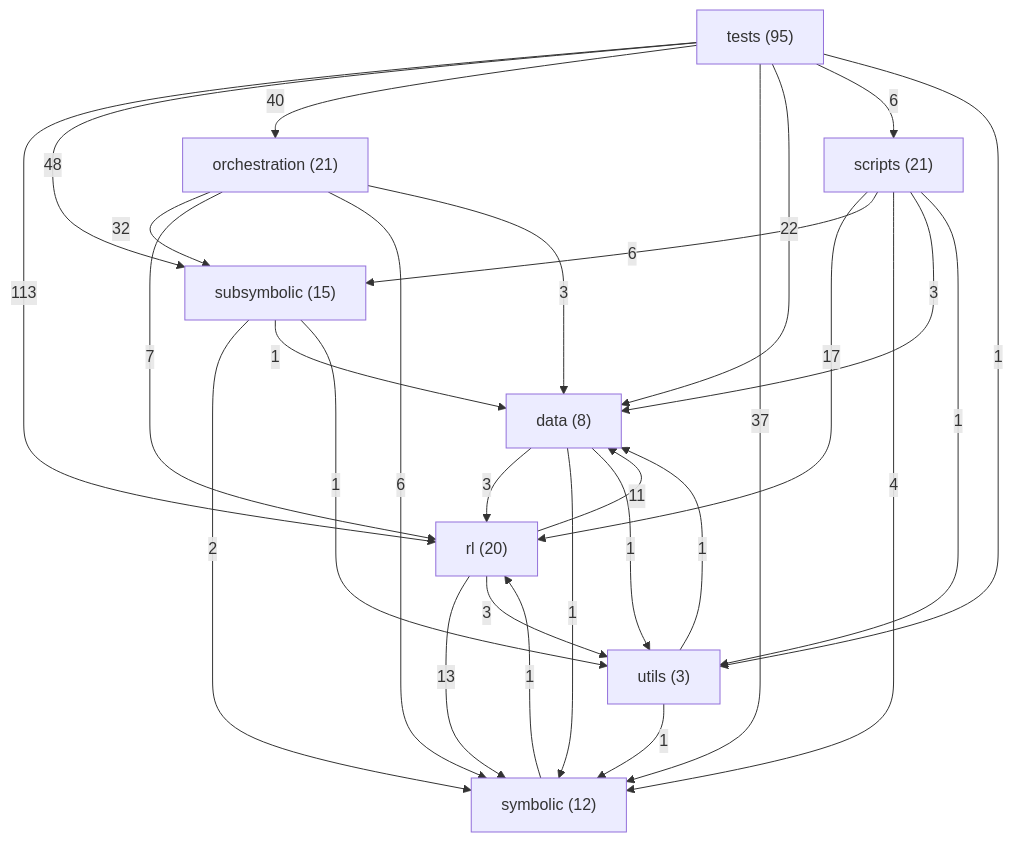
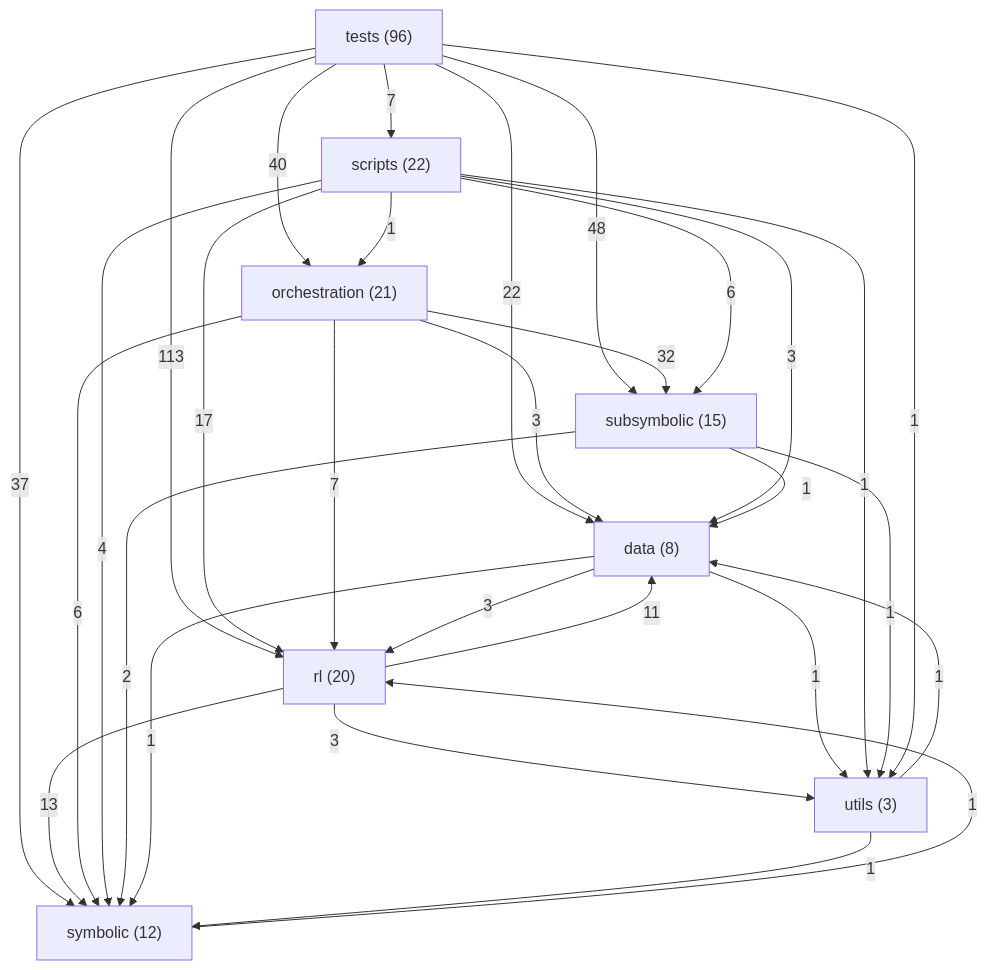
Before and after one commit to danrd/ARC-AGI: the diagram in ARCHITECTURE.md, drawn with Mermaid. The commit also changed other lines of this file and 7 other files, not shown here.

````diff
--- a/ARCHITECTURE.md
+++ b/ARCHITECTURE.md
@@ -211,39 +211,40 @@
 ```mermaid
 graph TD
   data["data (8)"]
   orchestration["orchestration (21)"]
   rl["rl (20)"]
-  scripts["scripts (21)"]
+  scripts["scripts (22)"]
   subsymbolic["subsymbolic (15)"]
   symbolic["symbolic (12)"]
-  tests["tests (95)"]
+  tests["tests (96)"]
   utils["utils (3)"]
   tests -->|113| rl
   tests -->|48| subsymbolic
   tests -->|40| orchestration
   tests -->|37| symbolic
   orchestration -->|32| subsymbolic
   tests -->|22| data
   scripts -->|17| rl
   rl -->|13| symbolic
   rl -->|11| data
   orchestration -->|7| rl
+  tests -->|7| scripts
   orchestration -->|6| symbolic
   scripts -->|6| subsymbolic
-  tests -->|6| scripts
   scripts -->|4| symbolic
   data -->|3| rl
   orchestration -->|3| data
   rl -->|3| utils
   scripts -->|3| data
   subsymbolic -->|2| symbolic
   data -->|1| symbolic
   data -->|1| utils
+  scripts -->|1| orchestration
   scripts -->|1| utils
   subsymbolic -->|1| data
   subsymbolic -->|1| utils
   symbolic -->|1| rl
   tests -->|1| utils
   utils -->|1| data
   utils -->|1| symbolic
 ```
````
